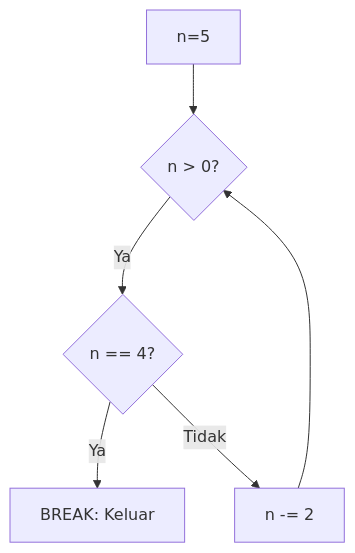
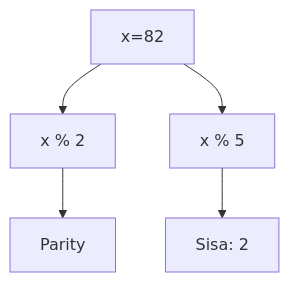
Before and after one commit to amnahwaida/OSNK_INF_PREP: the fifth of 25 diagrams in part-c-pemahaman-cpp/03-perulangan/latihan/set-06.md, drawn with Mermaid. The commit also changed other lines of this file and 71 other files, not shown here.

````diff
--- a/part-c-pemahaman-cpp/03-perulangan/latihan/set-06.md
+++ b/part-c-pemahaman-cpp/03-perulangan/latihan/set-06.md
@@ -184,8 +141,7 @@
 ```mermaid
 graph TD
-    A[n=5] --> B{n > 0?}
-    B -- Ya --> C{n == 4?}
-    C -- Ya --> D[BREAK: Keluar]
-    C -- Tidak --> E[n -= 2]
-    E --> B
+A[x=82] --> B[x % 2]
+B --> C[Parity]
+A --> D[x % 5]
+D --> E[Sisa: 2]
 ```
````
